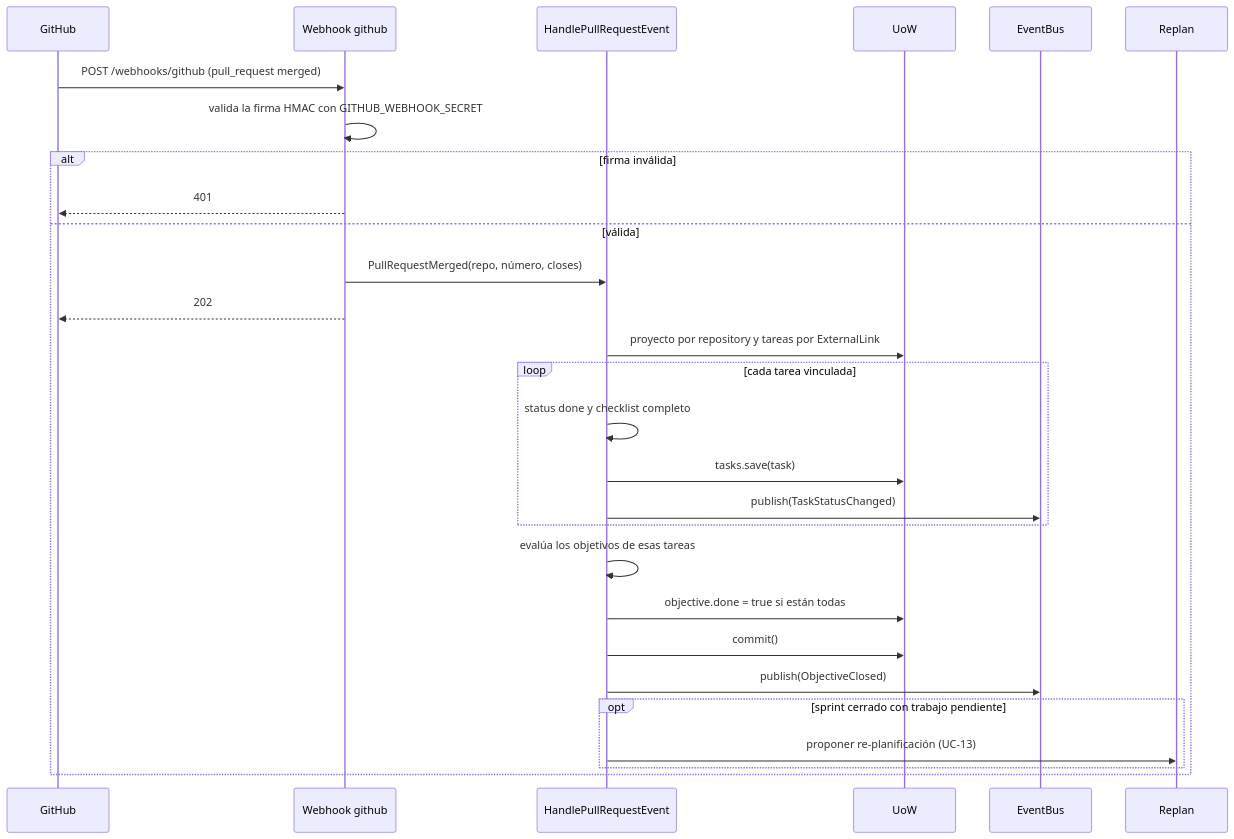
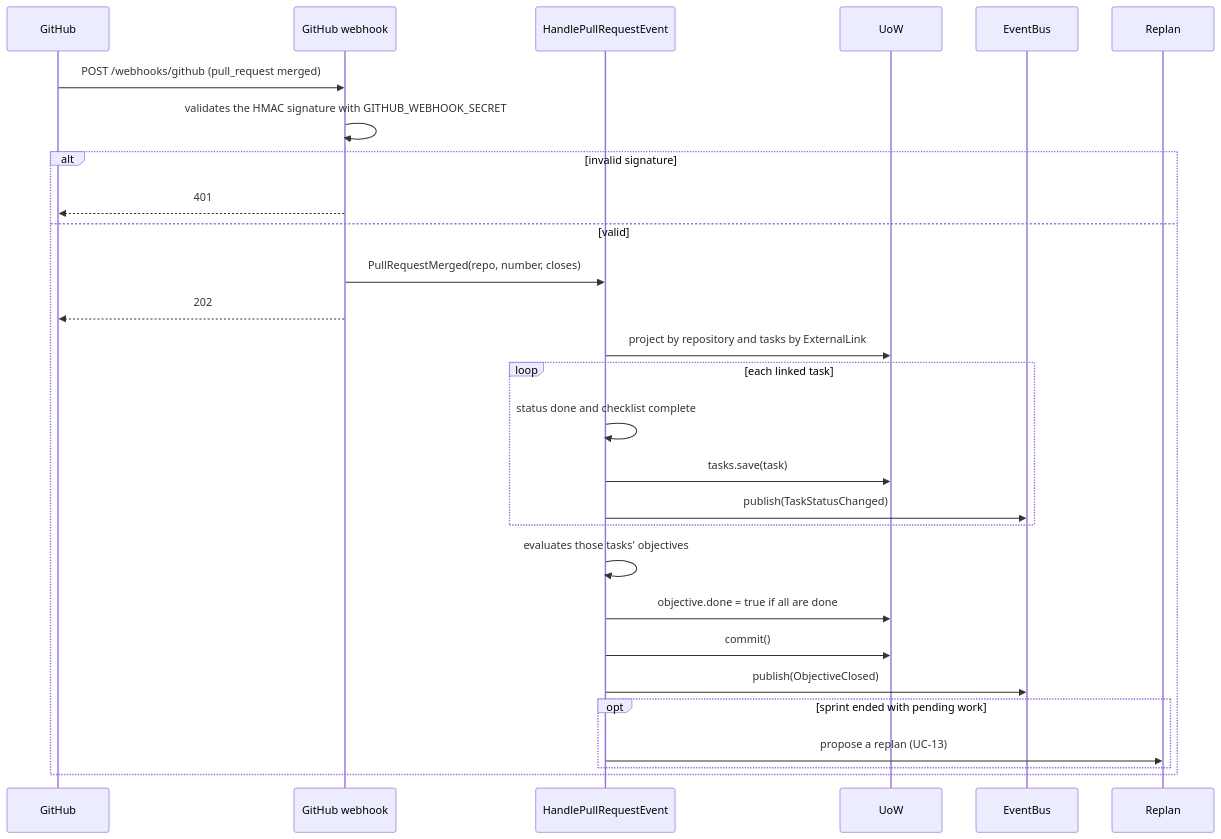
Before and after one commit to Mitchz01/TransparencIA: diagram 16 of 18 in plan/use-cases.md, drawn with Mermaid. The commit also changed other lines of this file and 68 other files, not shown here.

First line of the commit message:
Translate the repo to English and fold tasks into plan.md

````diff
--- a/plan/use-cases.md
+++ b/plan/use-cases.md
@@ -515,31 +521,31 @@
 ```mermaid
 sequenceDiagram
     participant GH as GitHub
-    participant WH as Webhook github
+    participant WH as GitHub webhook
     participant UC as HandlePullRequestEvent
     participant UoW
     participant Bus as EventBus
     participant RP as Replan
 
     GH->>WH: POST /webhooks/github (pull_request merged)
-    WH->>WH: valida la firma HMAC con GITHUB_WEBHOOK_SECRET
-    alt firma inválida
+    WH->>WH: validates the HMAC signature with GITHUB_WEBHOOK_SECRET
+    alt invalid signature
         WH-->>GH: 401
-    else válida
-        WH->>UC: PullRequestMerged(repo, número, closes)
+    else valid
+        WH->>UC: PullRequestMerged(repo, number, closes)
         WH-->>GH: 202
-        UC->>UoW: proyecto por repository y tareas por ExternalLink
-        loop cada tarea vinculada
-            UC->>UC: status done y checklist completo
+        UC->>UoW: project by repository and tasks by ExternalLink
+        loop each linked task
+            UC->>UC: status done and checklist complete
             UC->>UoW: tasks.save(task)
             UC->>Bus: publish(TaskStatusChanged)
         end
-        UC->>UC: evalúa los objetivos de esas tareas
-        UC->>UoW: objective.done = true si están todas
+        UC->>UC: evaluates those tasks' objectives
+        UC->>UoW: objective.done = true if all are done
         UC->>UoW: commit()
         UC->>Bus: publish(ObjectiveClosed)
-        opt sprint cerrado con trabajo pendiente
-            UC->>RP: proponer re-planificación (UC-13)
+        opt sprint ended with pending work
+            UC->>RP: propose a replan (UC-13)
         end
     end
 ```
````
